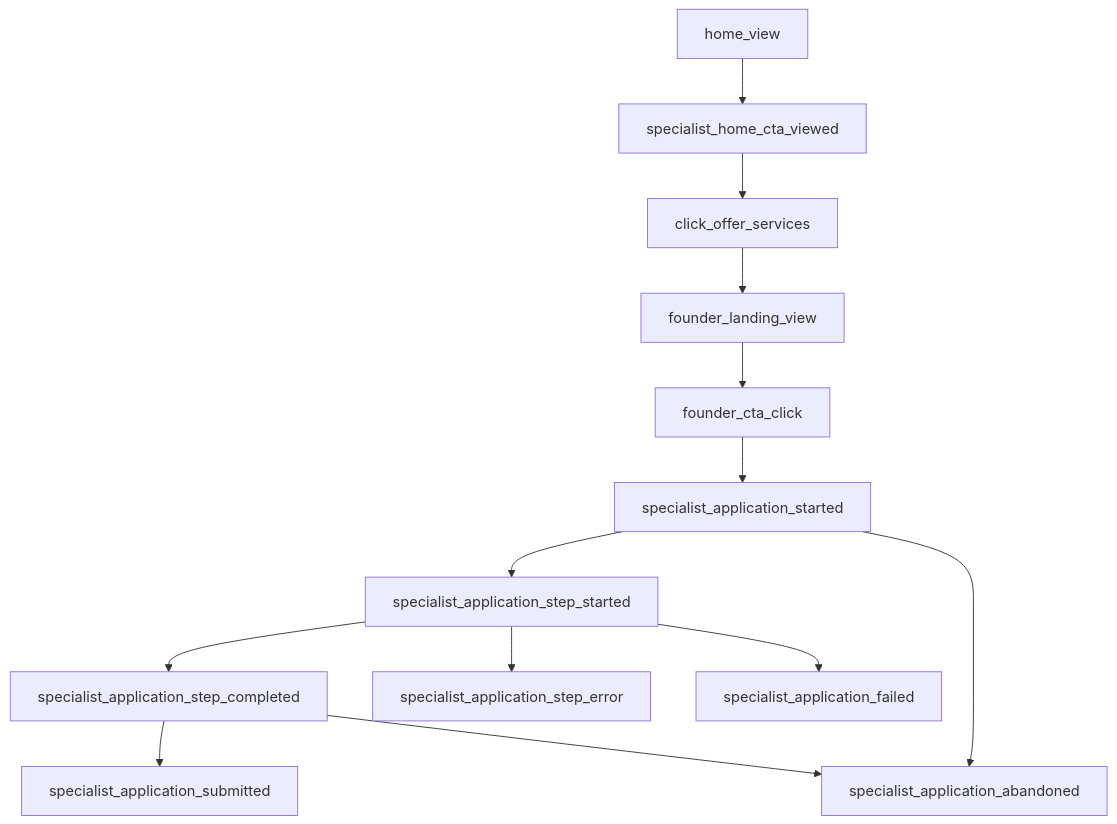
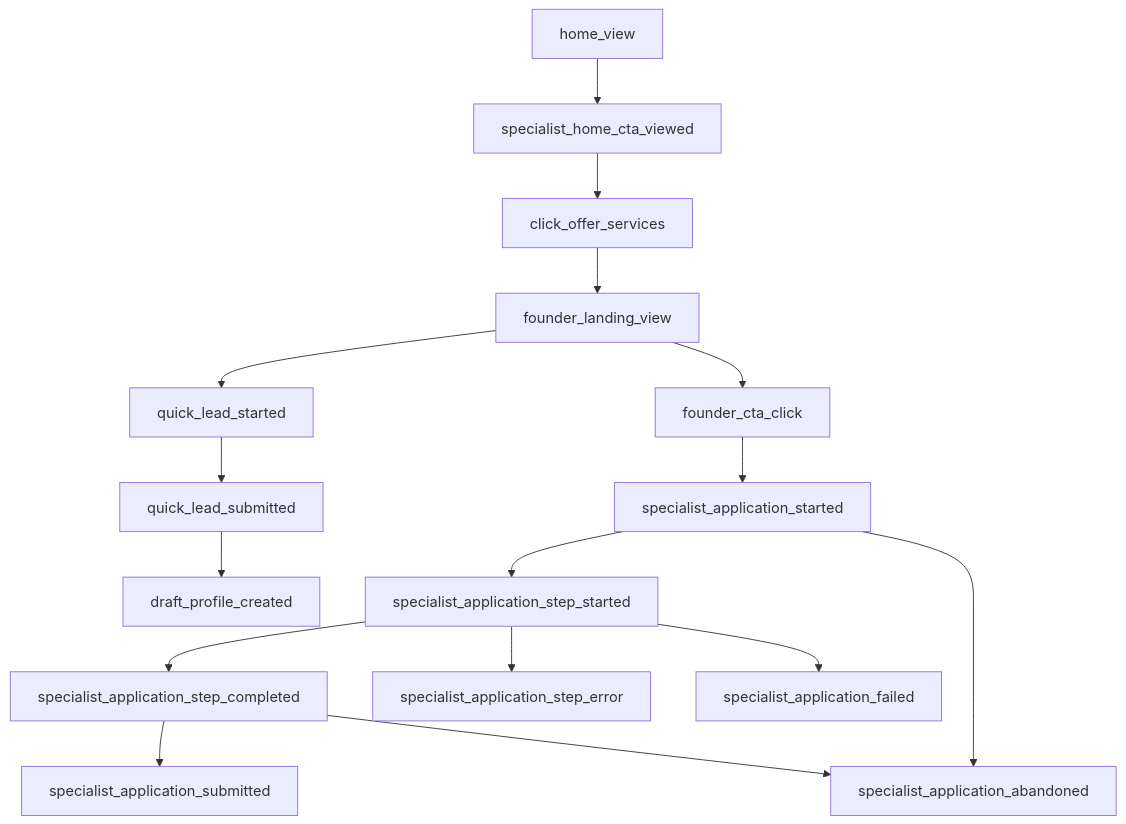
Before and after one commit to bperez-wq/oficiospro: the diagram in docs/conversion-funnel-specialists.md, drawn with Mermaid. The commit also changed other lines of this file and 23 other files, not shown here.

Commit message:
Improve specialist lead generation and profile completion funnel

````diff
--- a/docs/conversion-funnel-specialists.md
+++ b/docs/conversion-funnel-specialists.md
@@ -7,15 +7,18 @@
 ```mermaid
 flowchart TD
   A["home_view"] --> B["specialist_home_cta_viewed"]
   B --> C["click_offer_services"]
   C --> D["founder_landing_view"]
+  D --> Q["quick_lead_started"]
+  Q --> R["quick_lead_submitted"]
+  R --> S["draft_profile_created"]
   D --> E["founder_cta_click"]
   E --> F["specialist_application_started"]
   F --> G["specialist_application_step_started"]
   G --> H["specialist_application_step_completed"]
   H --> I["specialist_application_submitted"]
   G --> J["specialist_application_step_error"]
   F --> K["specialist_application_abandoned"]
   H --> K
   G --> L["specialist_application_failed"]
 ```
````
